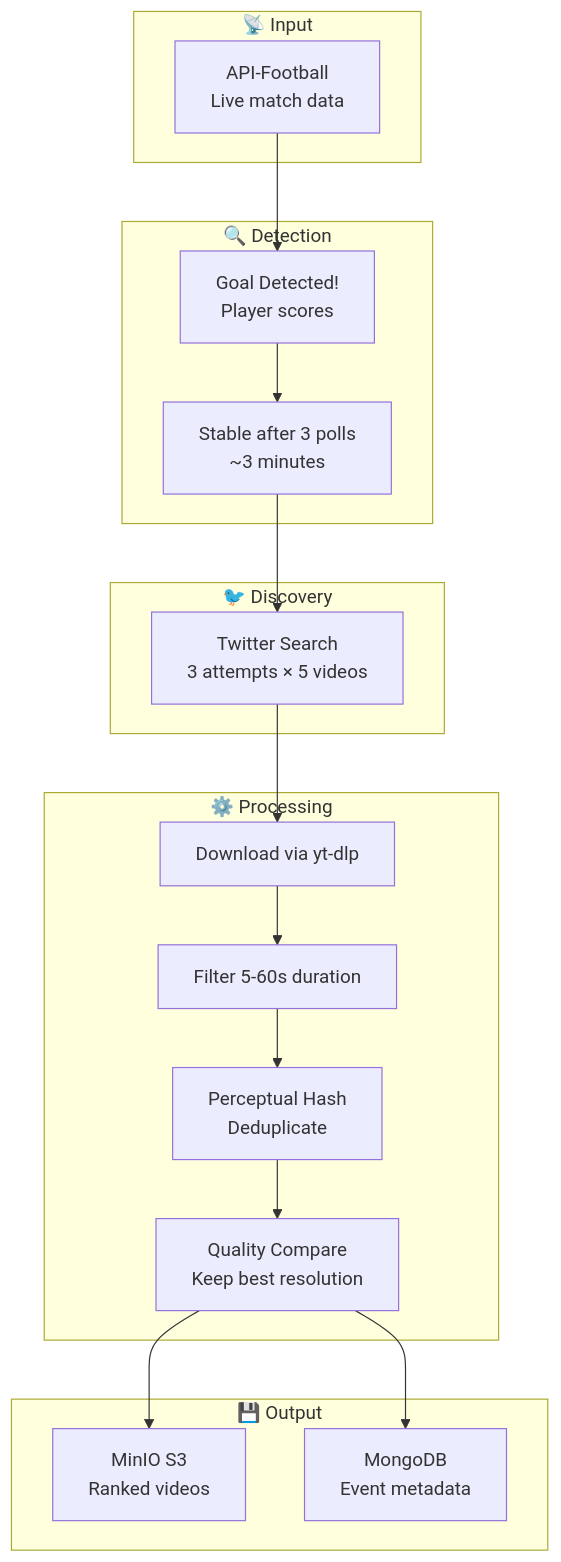
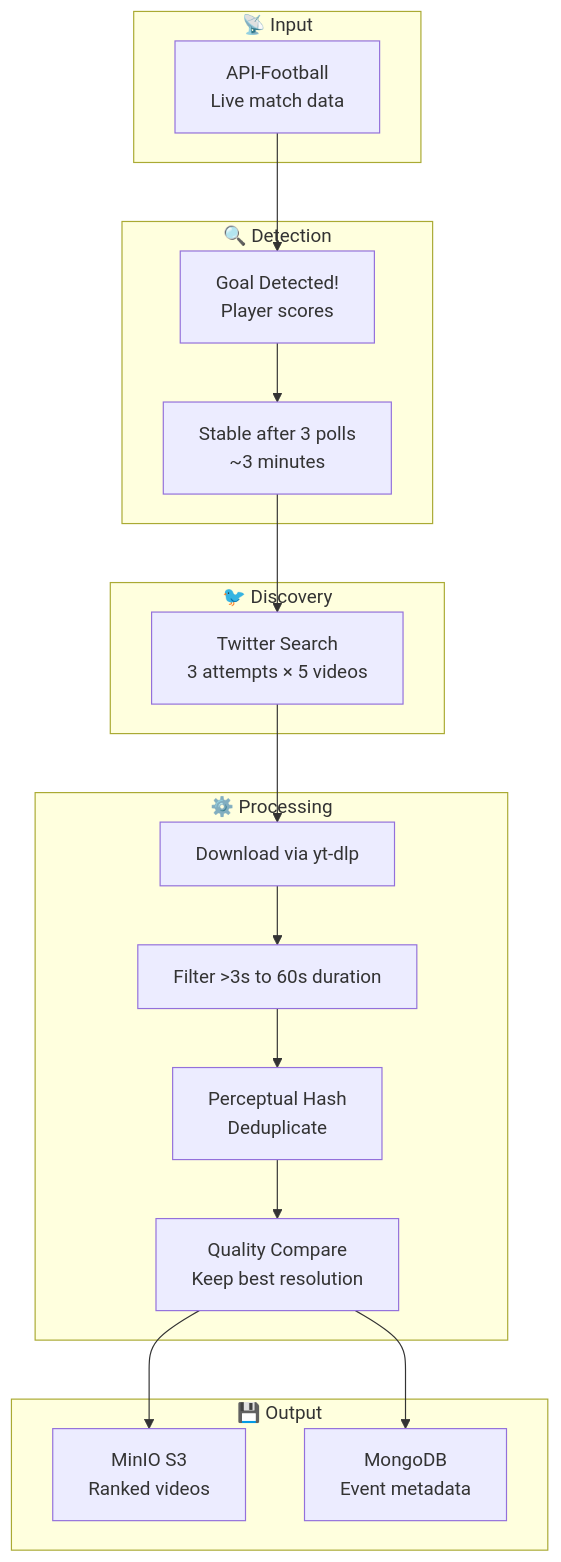
Before and after one commit to vedantadhobley/found-footy: the first of 13 diagrams in README.md, drawn with Mermaid. The commit also changed other lines of this file and 3 other files, not shown here.

````diff
--- a/README.md
+++ b/README.md
@@ -11,33 +11,33 @@
 ```mermaid
 flowchart TB
     subgraph INPUT["📡 Input"]
         API[API-Football<br/>Live match data]
     end
     
     subgraph DETECT["🔍 Detection"]
         GOAL[Goal Detected!<br/>Player scores]
         STABLE[Stable after 3 polls<br/>~3 minutes]
     end
     
     subgraph DISCOVER["🐦 Discovery"]
         TWITTER[Twitter Search<br/>3 attempts × 5 videos]
     end
     
     subgraph PROCESS["⚙️ Processing"]
         DOWNLOAD[Download via yt-dlp]
-        FILTER[Filter 5-60s duration]
+        FILTER[Filter >3s to 60s duration]
         HASH[Perceptual Hash<br/>Deduplicate]
         QUALITY[Quality Compare<br/>Keep best resolution]
     end
     
     subgraph OUTPUT["💾 Output"]
         S3[MinIO S3<br/>Ranked videos]
         META[MongoDB<br/>Event metadata]
     end
     
     API --> GOAL --> STABLE
     STABLE --> TWITTER
     TWITTER --> DOWNLOAD --> FILTER --> HASH --> QUALITY
     QUALITY --> S3
     QUALITY --> META
 ```
````
